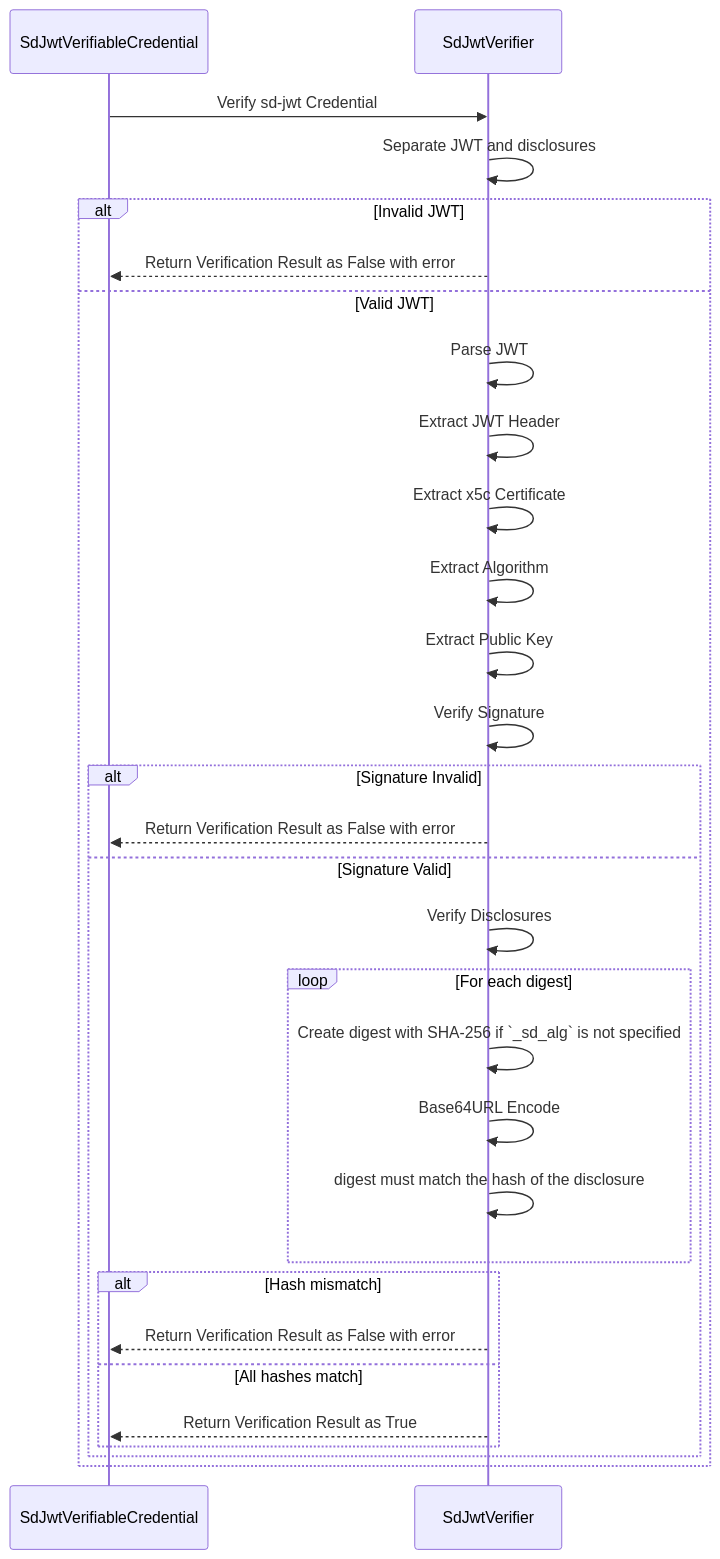
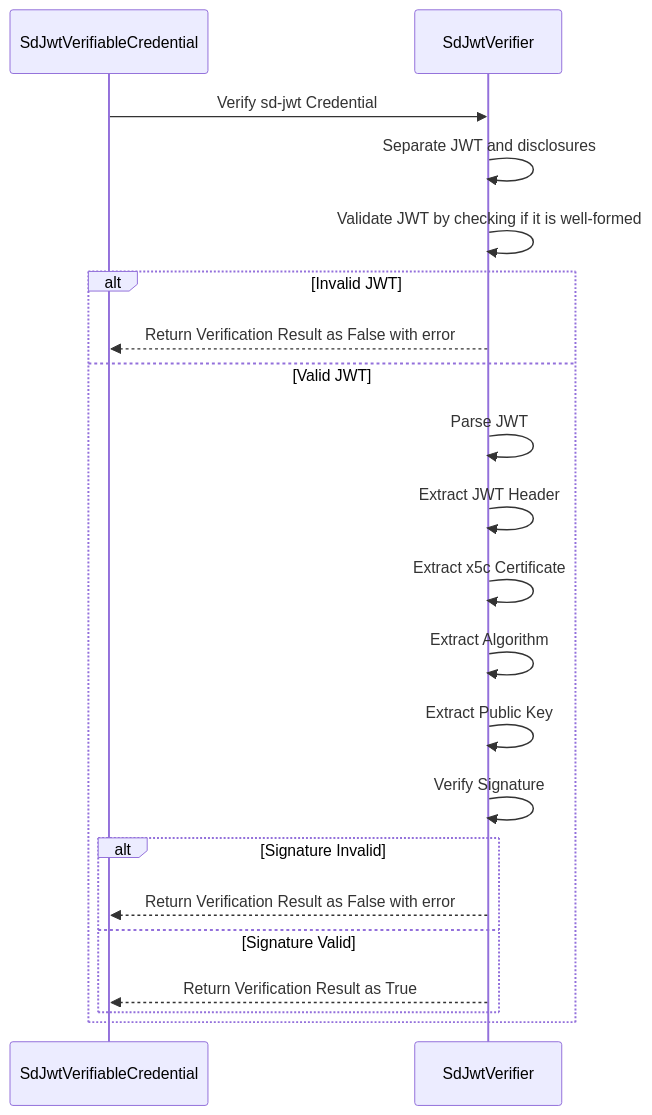
One commit to mosip/vc-verifier changed the third of 3 diagrams in doc/sdjwt-vc-verification-support.md. Above: the diagram before and after it, drawn with Mermaid. The commit also changed other lines of this file, not shown here.

Commit message:
[INJIMOB-3365] - move disclosure verification in validation and update validation steps

````diff
--- a/doc/sdjwt-vc-verification-support.md
+++ b/doc/sdjwt-vc-verification-support.md
@@ -92,31 +111,22 @@
 ```mermaid
 sequenceDiagram
    
     SdJwtVerifiableCredential->>SdJwtVerifier: Verify sd-jwt Credential
     SdJwtVerifier->>SdJwtVerifier: Separate JWT and disclosures
+    SdJwtVerifier->>SdJwtVerifier: Validate JWT by checking if it is well-formed
     alt Invalid JWT
        SdJwtVerifier-->>SdJwtVerifiableCredential: Return Verification Result as False with error
     else Valid JWT
        SdJwtVerifier->>SdJwtVerifier: Parse JWT
        SdJwtVerifier->>SdJwtVerifier: Extract JWT Header
        SdJwtVerifier->>SdJwtVerifier: Extract x5c Certificate
        SdJwtVerifier->>SdJwtVerifier: Extract Algorithm
        SdJwtVerifier->>SdJwtVerifier: Extract Public Key
        SdJwtVerifier->>SdJwtVerifier: Verify Signature
        alt Signature Invalid
           SdJwtVerifier-->>SdJwtVerifiableCredential: Return Verification Result as False with error
        else Signature Valid
-          SdJwtVerifier->>SdJwtVerifier: Verify Disclosures
-          loop For each digest
-             SdJwtVerifier->>SdJwtVerifier: Create digest with SHA-256 if `_sd_alg` is not specified
-             SdJwtVerifier->>SdJwtVerifier: Base64URL Encode
-             SdJwtVerifier->>SdJwtVerifier: digest must match the hash of the disclosure
-          end
-          alt Hash mismatch
-             SdJwtVerifier-->>SdJwtVerifiableCredential: Return Verification Result as False with error
-          else All hashes match
-             SdJwtVerifier-->>SdJwtVerifiableCredential: Return Verification Result as True
-          end
+          SdJwtVerifier-->>SdJwtVerifiableCredential: Return Verification Result as True
        end
     end
 ```
````
